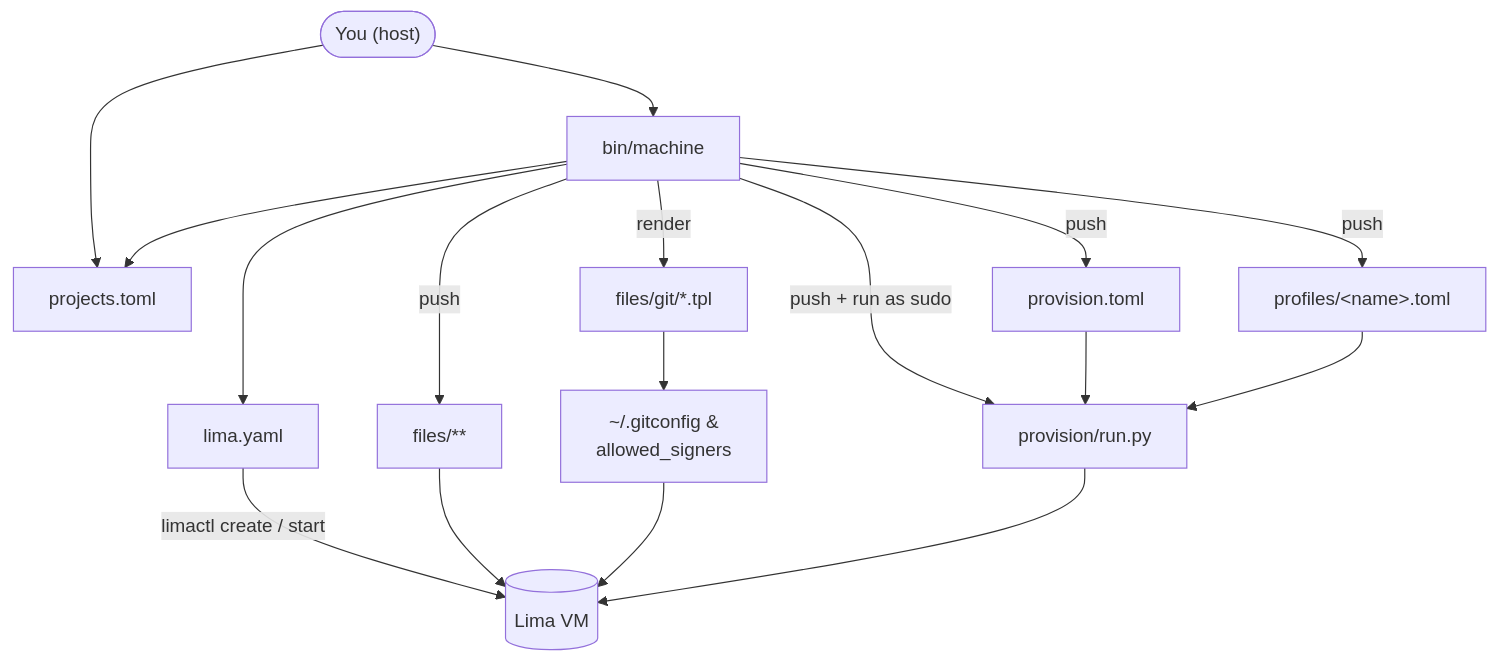
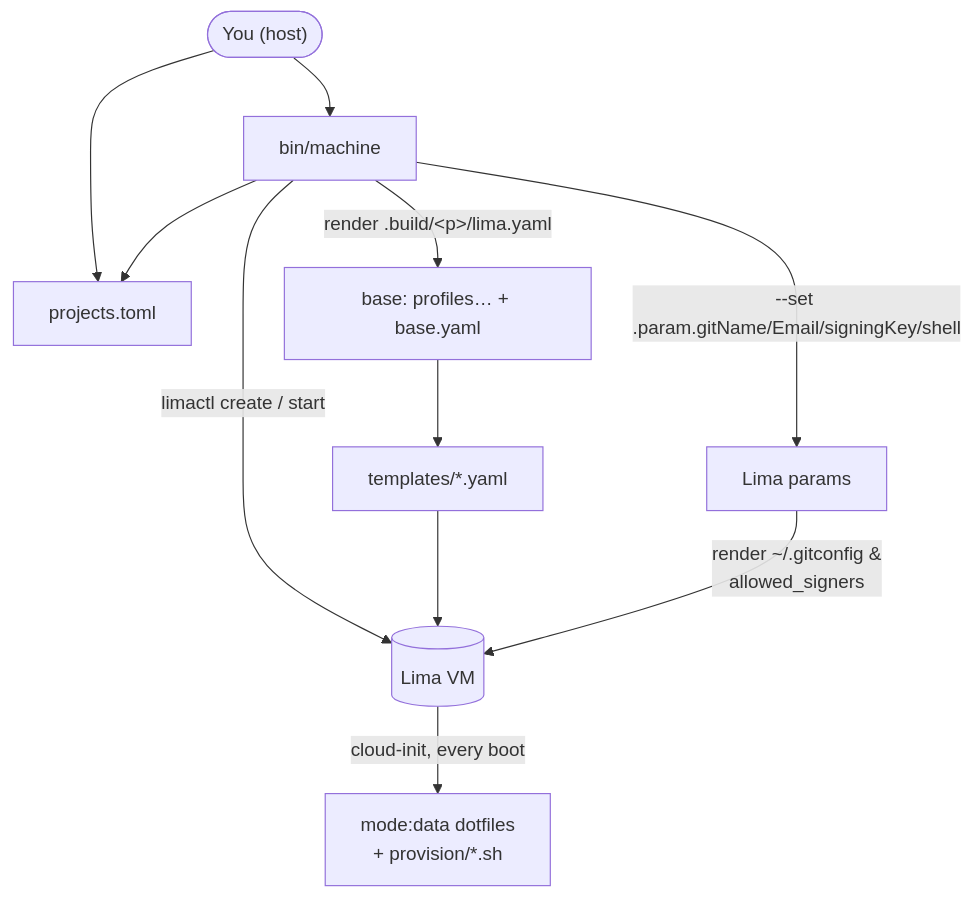
One commit to katspaugh/machine changed the diagram in README.md. Above: the diagram before and after it, drawn with Mermaid. The commit also changed other lines of this file and 136 other files, not shown here.

First line of the commit message:
Lima-native architecture: delete the GUI, replace the provisioning DSL with Lima templates (#2)

````diff
--- a/README.md
+++ b/README.md
@@ -178,19 +180,13 @@
 ```mermaid
 flowchart TB
     user(["You (host)"]) --> projects["projects.toml"]
     user --> cli["bin/machine"]
     cli --> projects
-    cli --> lima["lima.yaml"]
-    lima -->|limactl create / start| vm[("Lima VM")]
-    cli -->|render| gittpl["files/git/*.tpl"]
-    gittpl --> rendered["~/.gitconfig &<br/>allowed_signers"]
-    cli -->|push| files["files/**"]
-    cli -->|push| base["provision.toml"]
-    cli -->|push| profiles["profiles/&lt;name&gt;.toml"]
-    cli -->|push + run as sudo| disp["provision/run.py"]
-    base --> disp
-    profiles --> disp
-    files --> vm
-    rendered --> vm
-    disp --> vm
+    cli -->|render .build/&lt;p&gt;/lima.yaml| stack["base: profiles… + base.yaml"]
+    stack --> tpls["templates/*.yaml"]
+    cli -->|"--set .param.gitName/Email/signingKey/shell"| params["Lima params"]
+    cli -->|limactl create / start| vm[("Lima VM")]
+    tpls --> vm
+    params -->|render ~/.gitconfig &<br/>allowed_signers| vm
+    vm -->|cloud-init, every boot| prov["mode:data dotfiles<br/>+ provision/*.sh"]
 ```
````
